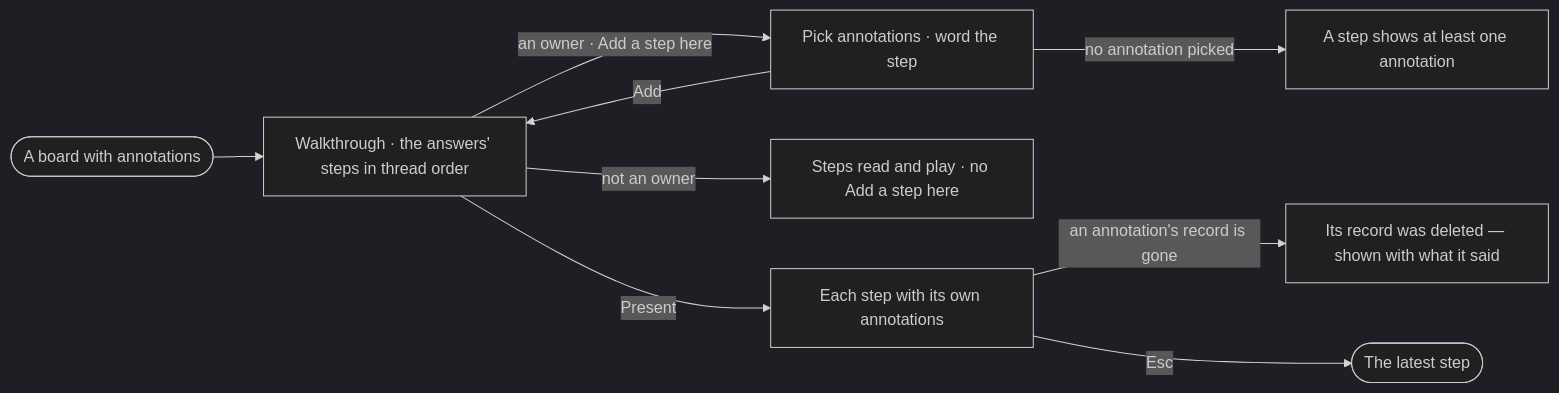
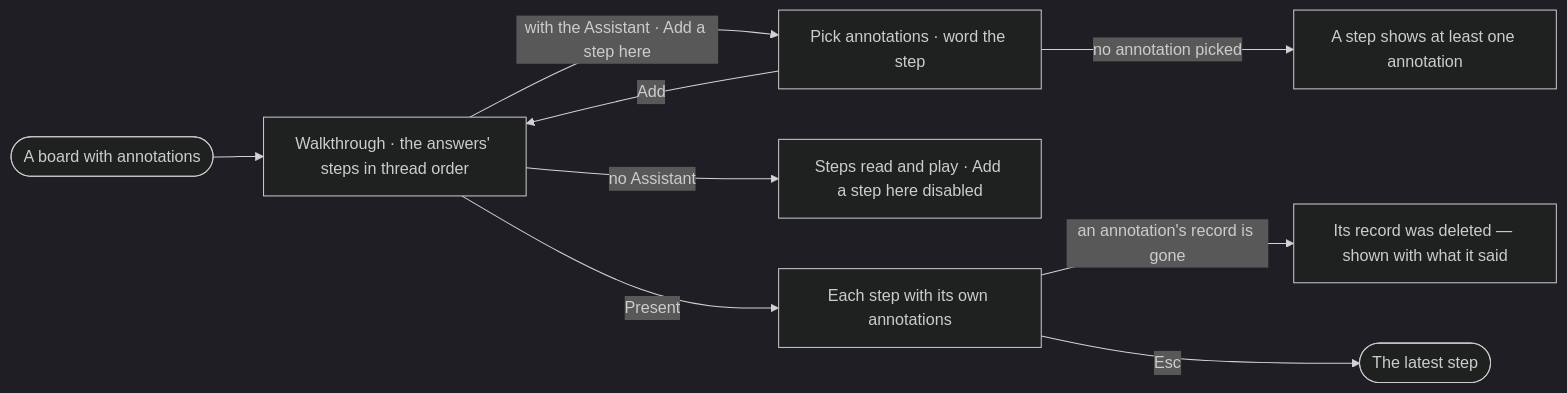
Before and after one commit to invana/invana: the diagram in specs/capabilities/explore/features/EX-F02-share-and-present-an-answer/stories/EX-22-tell-a-story-in-steps/story.md, drawn with Mermaid (dark theme). The commit also changed other lines of this file and 300 other files, not shown here.

````diff
--- a/specs/capabilities/explore/features/EX-F02-share-and-present-an-answer/stories/EX-22-tell-a-story-in-steps/story.md
+++ b/specs/capabilities/explore/features/EX-F02-share-and-present-an-answer/stories/EX-22-tell-a-story-in-steps/story.md
@@ -26,11 +28,11 @@
 ```mermaid
 flowchart LR
   a([A board with annotations]) --> w["Walkthrough · the answers' steps in thread order"]
-  w -->|an owner · Add a step here| s["Pick annotations · word the step"]
-  w -->|not an owner| ro["Steps read and play · no Add a step here"]
+  w -->|with the Assistant · Add a step here| s["Pick annotations · word the step"]
+  w -->|no Assistant| ro["Steps read and play · Add a step here disabled"]
   s -->|no annotation picked| x["A step shows at least one annotation"]
   s -->|Add| w
   w -->|Present| p["Each step with its own annotations"]
   p -->|an annotation's record is gone| g["Its record was deleted — shown with what it said"]
   p -->|Esc| e(["The latest step"])
 ```
````
